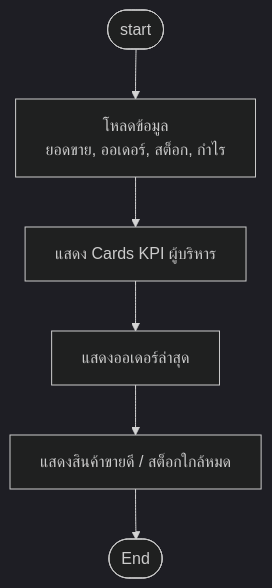
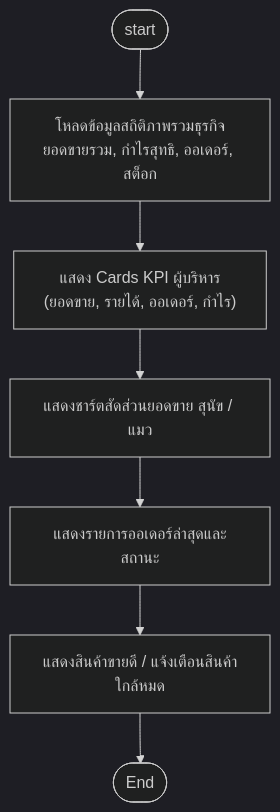
Before and after one commit to doraemon-kub/CSI402_Project-final: the tenth of 18 diagrams in README.md, drawn with Mermaid (dark theme). The commit also changed other lines of this file, not shown here.

Commit message:
docs: update and fix flowcharts per bug.pdf requirements and resolve GitHub Mermaid render errors

````diff
--- a/README.md
+++ b/README.md
@@ -280,8 +275,9 @@
 ```mermaid
 flowchart TD
-    Start([start]) --> LoadKPI[โหลดข้อมูล\nยอดขาย, ออเดอร์, สต็อก, กำไร]
-    LoadKPI --> ShowMetricCards[แสดง Cards KPI ผู้บริหาร]
-    ShowMetricCards --> ShowRecentOrders[แสดงออเดอร์ล่าสุด]
-    ShowRecentOrders --> ShowTopProducts[แสดงสินค้าขายดี / สต็อกใกล้หมด]
+    Start([start]) --> LoadKPI["โหลดข้อมูลสถิติภาพรวมธุรกิจ\nยอดขายรวม, กำไรสุทธิ, ออเดอร์, สต็อก"]
+    LoadKPI --> ShowMetricCards["แสดง Cards KPI ผู้บริหาร\n(ยอดขาย, รายได้, ออเดอร์, กำไร)"]
+    ShowMetricCards --> ShowPetRatio["แสดงชาร์ตสัดส่วนยอดขาย สุนัข / แมว"]
+    ShowPetRatio --> ShowRecentOrders["แสดงรายการออเดอร์ล่าสุดและสถานะ"]
+    ShowRecentOrders --> ShowTopProducts["แสดงสินค้าขายดี / แจ้งเตือนสินค้าใกล้หมด"]
     ShowTopProducts --> End([End])
 ```
````
